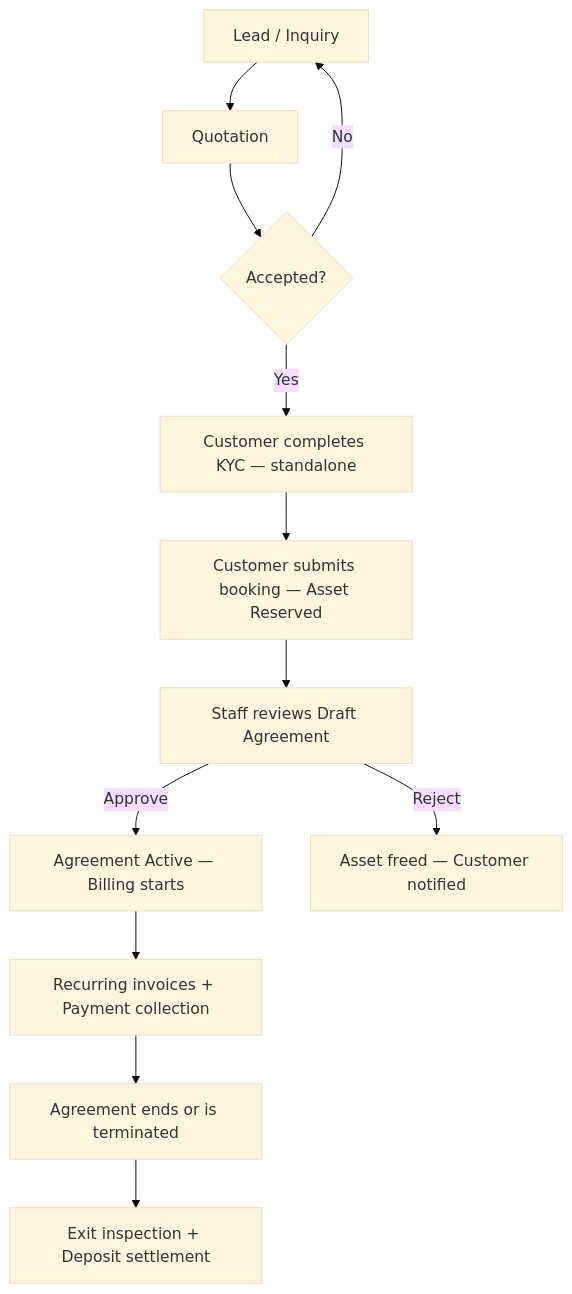
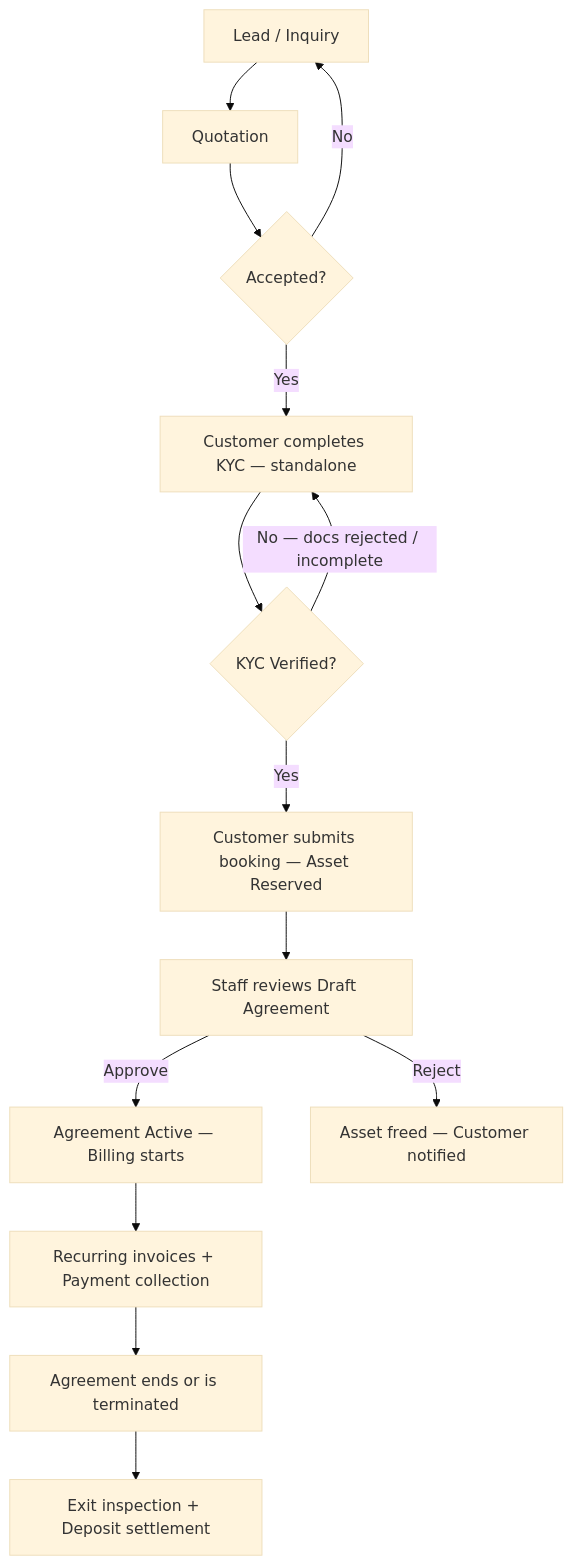
One commit to abdozawia20/Obsidian-Vault changed the second of 2 diagrams in Projects/Gatom/In House Products/Asset Rental/Base/Base Overview.md. Above: the diagram before and after it, drawn with Mermaid (base theme). The commit also changed other lines of this file and 13 other files, not shown here.

````diff
--- a/Projects/Gatom/In House Products/Asset Rental/Base/Base Overview.md
+++ b/Projects/Gatom/In House Products/Asset Rental/Base/Base Overview.md
@@ -129,14 +129,16 @@
 ```mermaid
 flowchart TD
     A[Lead / Inquiry] --> B[Quotation]
     B --> C{Accepted?}
     C -->|No| A
     C -->|Yes| D[Customer completes KYC — standalone]
-    D --> E[Customer submits booking — Asset Reserved]
+    D --> D1{KYC Verified?}
+    D1 -->|No — docs rejected / incomplete| D
+    D1 -->|Yes| E[Customer submits booking — Asset Reserved]
     E --> F[Staff reviews Draft Agreement]
     F -->|Approve| G[Agreement Active — Billing starts]
     F -->|Reject| H[Asset freed — Customer notified]
     G --> I[Recurring invoices + Payment collection]
     I --> J[Agreement ends or is terminated]
     J --> K[Exit inspection + Deposit settlement]
 ```
````
